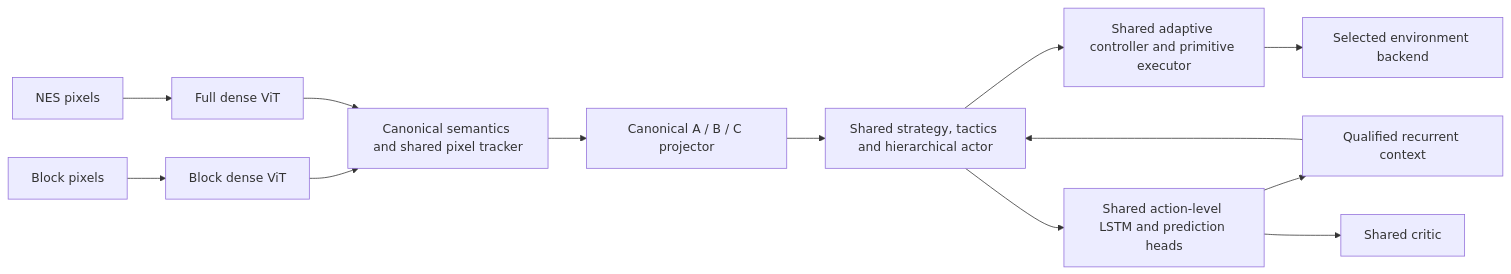
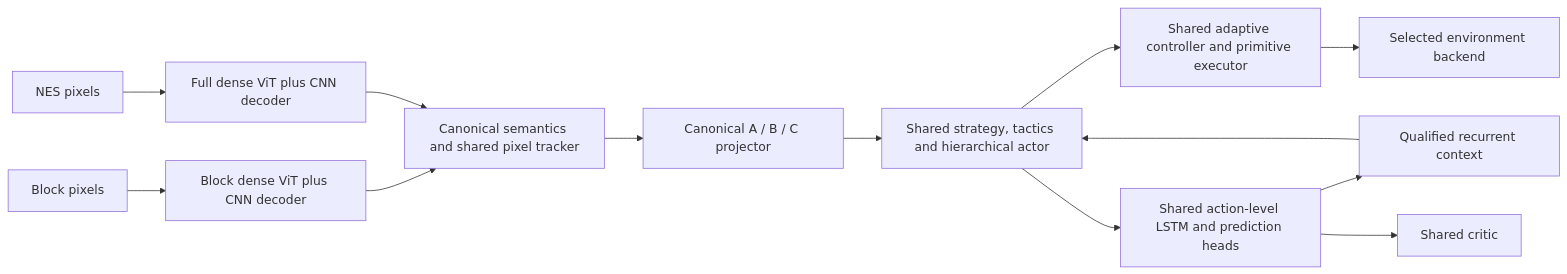
Before and after one commit to salsicha/RetroAGI: the diagram in docs/composable-smb-implementation.md, drawn with Mermaid. The commit also changed other lines of this file and 5 other files, not shown here.

````diff
--- a/docs/composable-smb-implementation.md
+++ b/docs/composable-smb-implementation.md
@@ -7,15 +11,15 @@
 ```mermaid
 flowchart LR
-    B[Block pixels] --> BV[Block dense ViT]
-    F[NES pixels] --> FV[Full dense ViT]
+    B[Block pixels] --> BV[Block dense ViT plus CNN decoder]
+    F[NES pixels] --> FV[Full dense ViT plus CNN decoder]
     BV --> S[Canonical semantics and shared pixel tracker]
     FV --> S
     S --> P[Canonical A / B / C projector]
     P --> H[Shared strategy, tactics and hierarchical actor]
     H --> AC[Shared adaptive controller and primitive executor]
     H --> WM[Shared action-level LSTM and prediction heads]
     WM --> RC[Qualified recurrent context]
     RC --> H
     WM --> CR[Shared critic]
     AC --> ENV[Selected environment backend]
 ```
````
